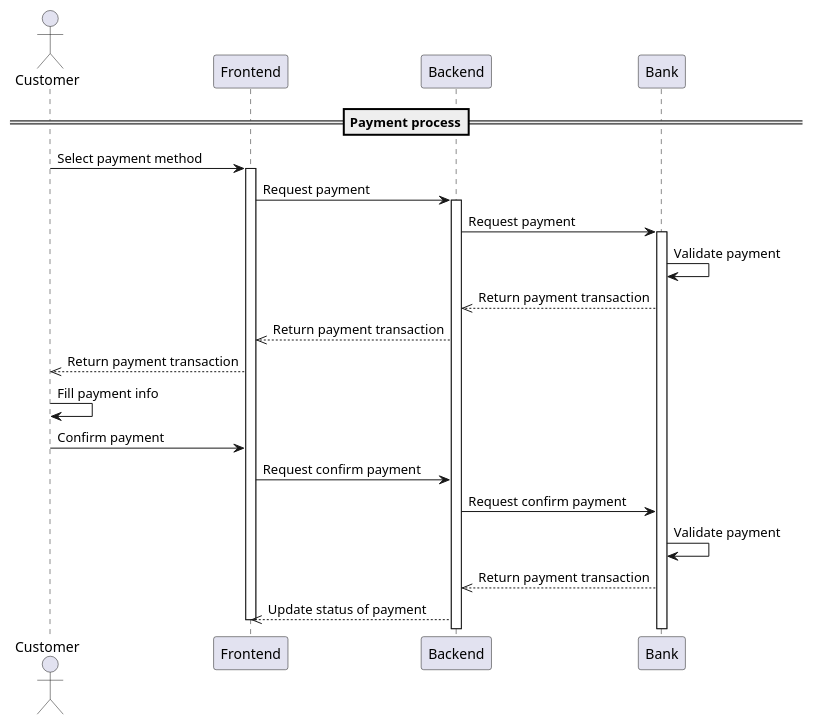
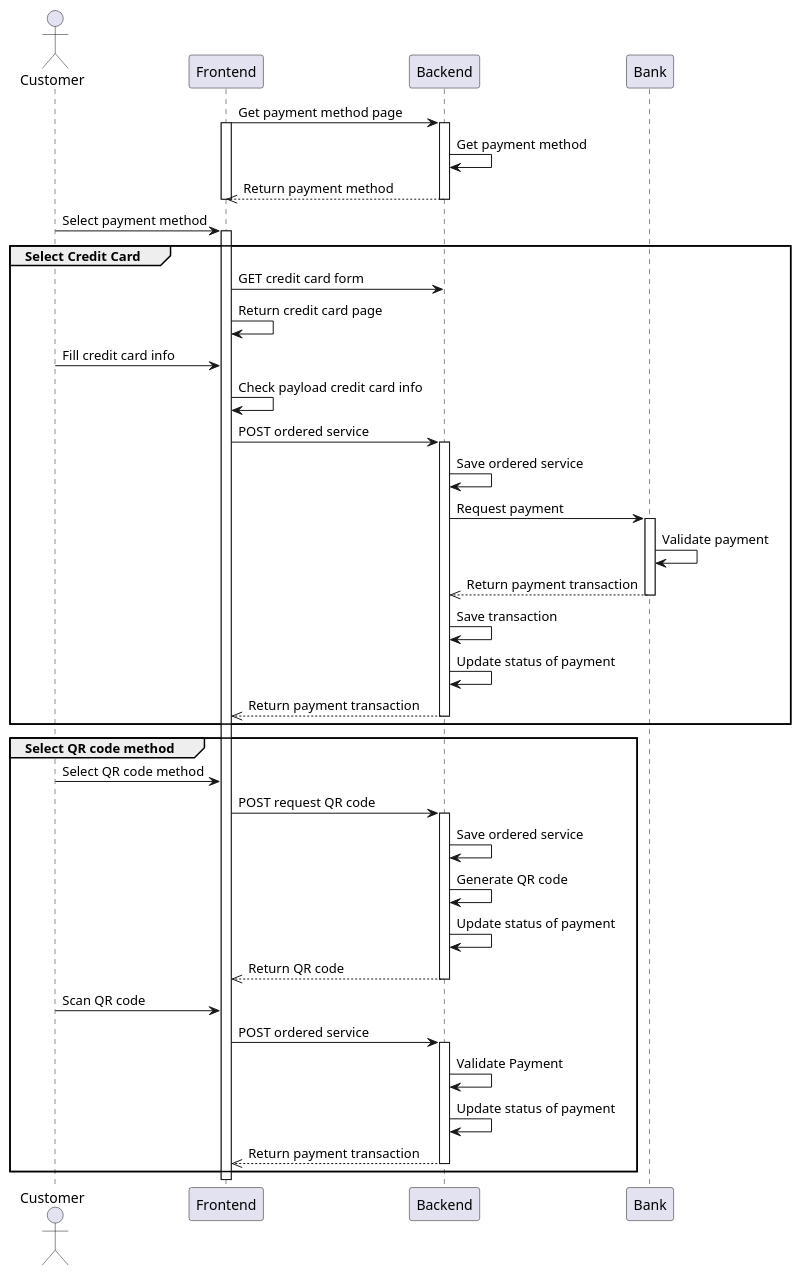
Before and after one commit to Nxwbtk/SA-Diagram: the fifth of 7 diagrams in Sequence-diagram.plantuml, drawn with PlantUML. The commit also changed other lines of this file and 10 other files, not shown here.

Commit message:
Update sequence

```diff
--- a/Sequence-diagram.plantuml
+++ b/Sequence-diagram.plantuml
@@ -126,25 +133,50 @@
 @startuml
-==Payment process==
 actor Customer
 participant "Frontend" as FE
 participant "Backend" as BE
 participant "Bank" as Bank
+FE -> BE: Get payment method page
+activate FE
+activate BE
+BE -> BE: Get payment method
+BE -->> FE: Return payment method
+deactivate BE
+deactivate FE
 Customer -> FE: Select payment method
 activate FE
-FE -> BE: Request payment
-activate BE
-BE -> Bank: Request payment
-activate Bank
-Bank -> Bank: Validate payment
-Bank -->> BE: Return payment transaction
-BE -->> FE: Return payment transaction
-FE -->> Customer: Return payment transaction
-Customer -> Customer: Fill payment info
-Customer -> FE: Confirm payment
-FE -> BE: Request confirm payment
-BE -> Bank: Request confirm payment
-Bank -> Bank: Validate payment
-Bank -->> BE: Return payment transaction
-BE -->> FE: Update status of payment
-deactivate FE
+group Select Credit Card
+	FE -> BE: GET credit card form
+	FE -> FE: Return credit card page
+	Customer -> FE: Fill credit card info
+	FE -> FE: Check payload credit card info
+	FE -> BE: POST ordered service
+	activate BE
+	BE -> BE: Save ordered service
+	BE -> Bank: Request payment
+	activate Bank
+	Bank -> Bank: Validate payment
+	Bank -->> BE: Return payment transaction
+	deactivate Bank
+	BE -> BE: Save transaction
+	BE -> BE: Update status of payment
+	BE -->> FE: Return payment transaction
+	deactivate BE
+end
+group Select QR code method
+	Customer -> FE: Select QR code method
+	FE -> BE: POST request QR code
+	activate BE
+	BE -> BE: Save ordered service
+	BE -> BE: Generate QR code
+	BE -> BE: Update status of payment
+	BE -->> FE: Return QR code
+	deactivate BE
+	Customer -> FE: Scan QR code
+	FE -> BE: POST ordered service
+	activate BE
+	BE -> BE: Validate Payment
+	BE -> BE: Update status of payment
+	BE -->> FE: Return payment transaction
+	deactivate BE
+end
 @enduml
```
